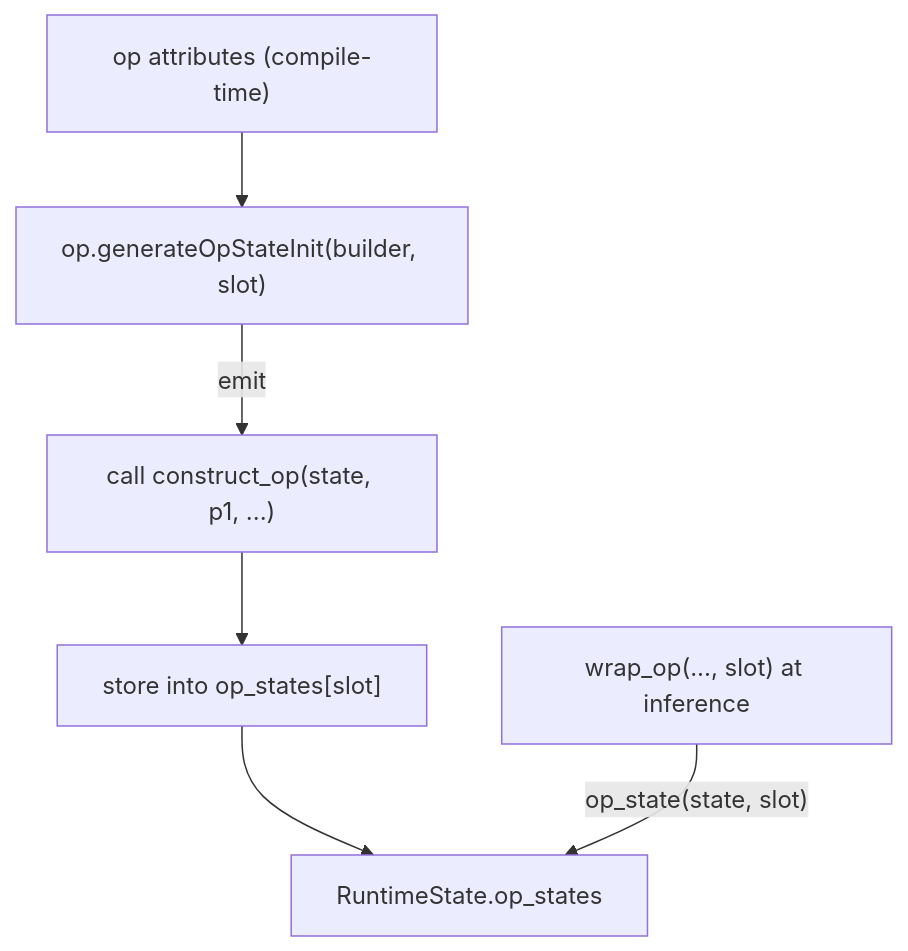
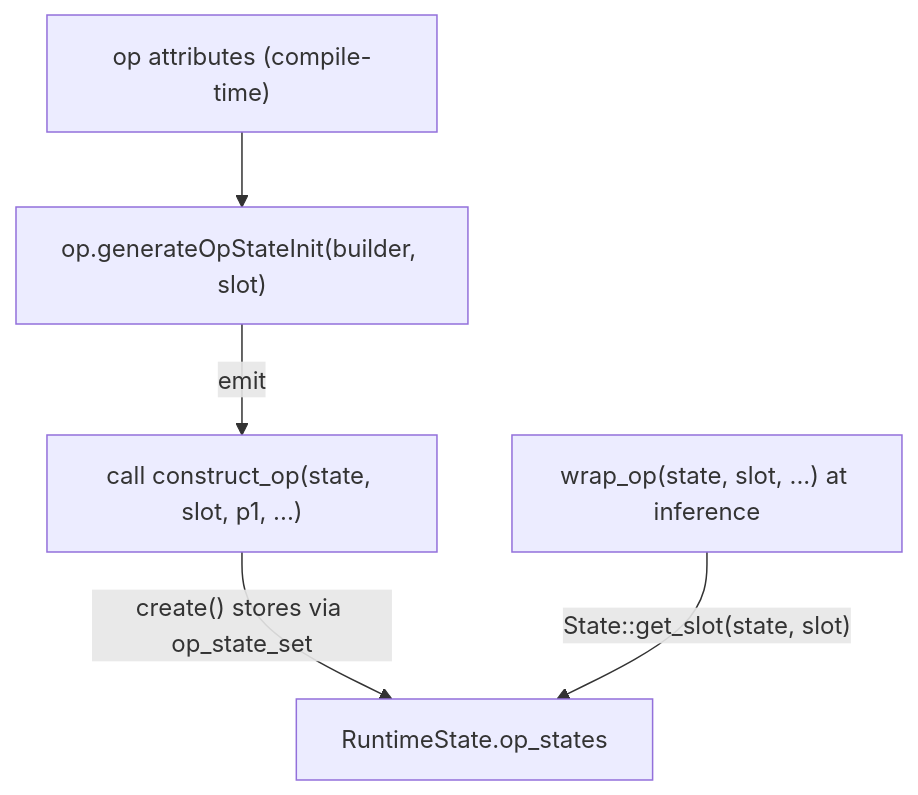
One commit to ROCm/hip-ep changed the diagram in docs/design/op-state-slots-design.md. Above: the diagram before and after it, drawn with Mermaid. The commit also changed other lines of this file and 50 other files, not shown here.

First line of the commit message:
refactor(op-state): move op_state_slot to second wrap_* parameter

````diff
--- a/docs/design/op-state-slots-design.md
+++ b/docs/design/op-state-slots-design.md
@@ -138,8 +145,7 @@
 ```mermaid
 graph TD
   ATTRS["op attributes (compile-time)"] --> GENM["op.generateOpStateInit(builder, slot)"]
-  GENM -->|emit| CALL["call construct_op(state, p1, ...)"]
-  CALL --> STORE["store into op_states[slot]"]
-  STORE --> ARR["RuntimeState.op_states"]
-  WRAP["wrap_op(..., slot) at inference"] -->|"op_state(state, slot)"| ARR
+  GENM -->|emit| CALL["call construct_op(state, slot, p1, ...)"]
+  CALL -->|"create() stores via op_state_set"| ARR["RuntimeState.op_states"]
+  WRAP["wrap_op(state, slot, ...) at inference"] -->|"State::get_slot(state, slot)"| ARR
 ```
````
